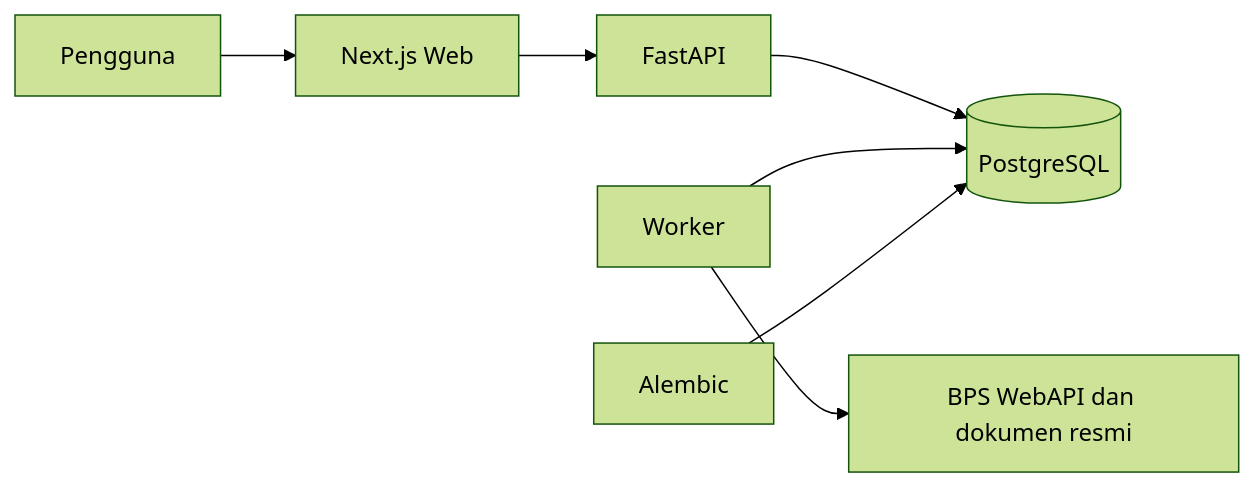
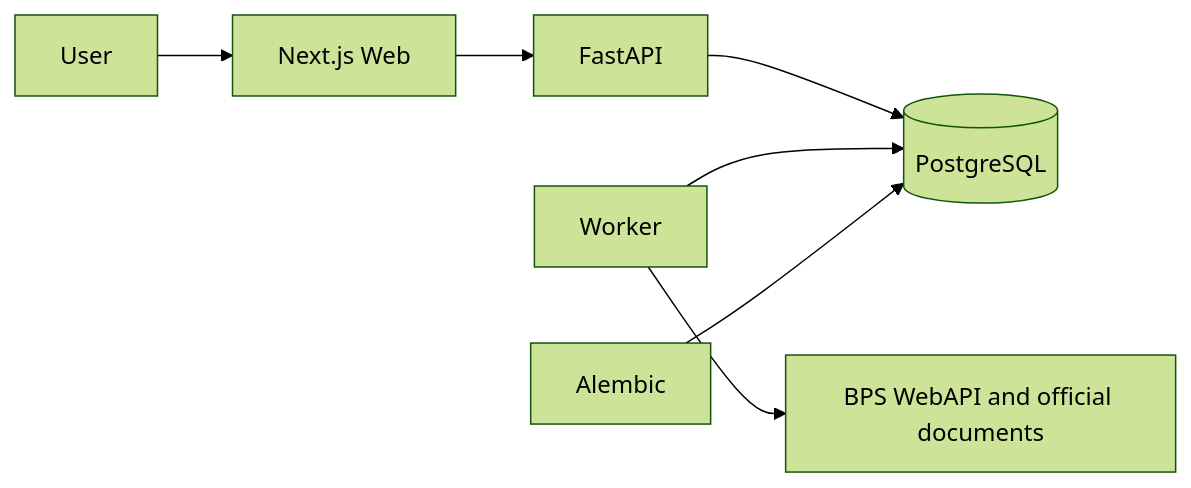
The diagram in README.md (LaboNapitupulu/NusaIntel), drawn with Mermaid (forest theme) before and after one commit. The commit also changed other lines of this file, not shown here.

````diff
--- a/README.md
+++ b/README.md
@@ -118,9 +118,9 @@
 ```mermaid
 flowchart LR
-    U[Pengguna] --> W[Next.js Web]
+    U[User] --> W[Next.js Web]
     W --> A[FastAPI]
     A --> D[(PostgreSQL)]
-    Q[Worker] --> S[BPS WebAPI dan dokumen resmi]
+    Q[Worker] --> S[BPS WebAPI and official documents]
     Q --> D
     M[Alembic] --> D
 ```
````
